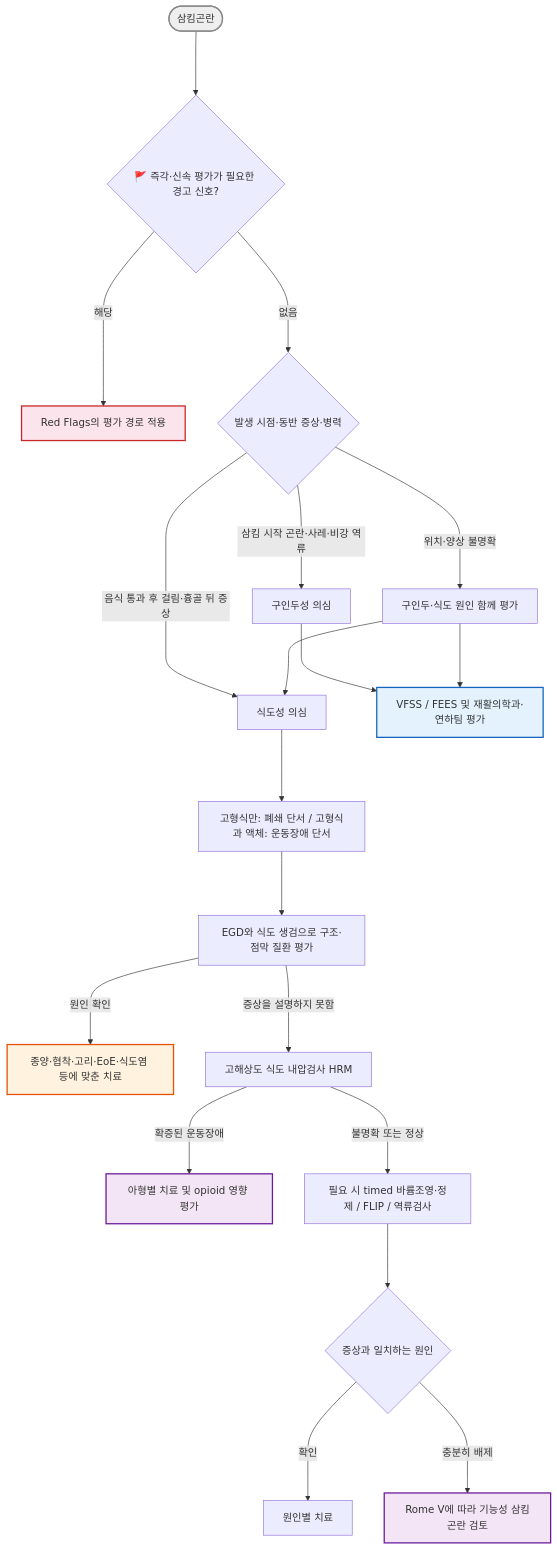
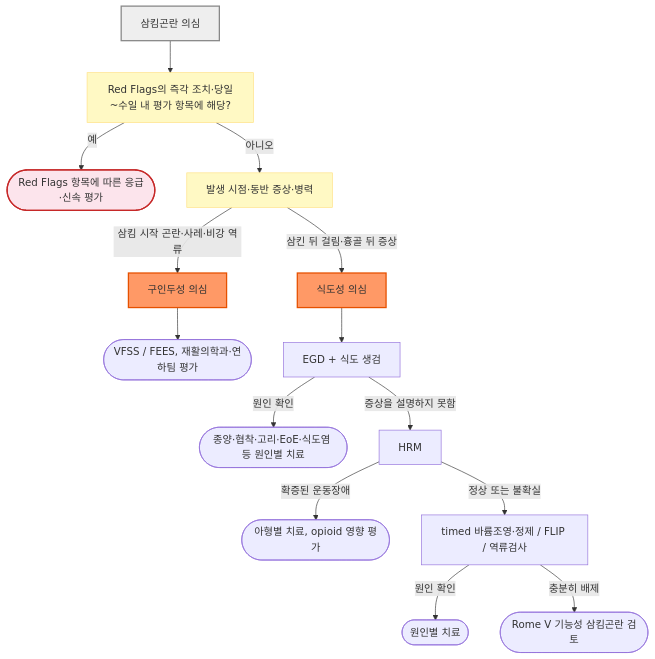
The diagram in 224_/077_-dysphagia.md (familyoh77/familyoh77), drawn with Mermaid before and after one commit. The commit also changed other lines of this file and 1 other file, not shown here.

````diff
--- a/224_/077_-dysphagia.md
+++ b/224_/077_-dysphagia.md
@@ -206,27 +201,23 @@
 ```mermaid
 flowchart TD
-    A([삼킴곤란]) ---> B{🚩 즉각·신속 평가가 필요한 경고 신호?}
-    B --->|해당| C[Red Flags의 평가 경로 적용]
-    B --->|없음| D{발생 시점·동반 증상·병력}
-    D --->|삼킴 시작 곤란·사레·비강 역류| E[구인두성 의심]
-    D --->|음식 통과 후 걸림·흉골 뒤 증상| F[식도성 의심]
-    D --->|위치·양상 불명확| G[구인두·식도 원인 함께 평가]
-    E ---> H[VFSS / FEES 및 재활의학과·연하팀 평가]
-    G ---> H
-    G ---> F
-    F ---> I[고형식만: 폐쇄 단서 / 고형식과 액체: 운동장애 단서]
-    I ---> J[EGD와 식도 생검으로 구조·점막 질환 평가]
-    J --->|원인 확인| K[종양·협착·고리·EoE·식도염 등에 맞춘 치료]
-    J --->|증상을 설명하지 못함| L[고해상도 식도 내압검사 HRM]
-    L --->|확증된 운동장애| M[아형별 치료 및 opioid 영향 평가]
-    L --->|불명확 또는 정상| N[필요 시 timed 바륨조영·정제 / FLIP / 역류검사]
-    N ---> O{증상과 일치하는 원인}
-    O --->|확인| P[원인별 치료]
-    O --->|충분히 배제| Q[Rome V에 따라 기능성 삼킴곤란 검토]
+    A["삼킴곤란 의심"] --> B["Red Flags의 즉각 조치·당일~수일 내 평가 항목에 해당?"]
+    B -- "예" --> C(["Red Flags 항목에 따른 응급·신속 평가"])
+    B -- "아니오" --> D["발생 시점·동반 증상·병력"]
+    D -- "삼킴 시작 곤란·사레·비강 역류" --> E["구인두성 의심"]
+    D -- "삼킨 뒤 걸림·흉골 뒤 증상" --> F["식도성 의심"]
+    E --> H(["VFSS / FEES, 재활의학과·연하팀 평가"])
+    F --> J["EGD + 식도 생검"]
+    J -- "원인 확인" --> K(["종양·협착·고리·EoE·식도염 등 원인별 치료"])
+    J -- "증상을 설명하지 못함" --> L["HRM"]
+    L -- "확증된 운동장애" --> M(["아형별 치료, opioid 영향 평가"])
+    L -- "정상 또는 불확실" --> N["timed 바륨조영·정제 / FLIP / 역류검사"]
+    N -- "원인 확인" --> P(["원인별 치료"])
+    N -- "충분히 배제" --> Q(["Rome V 기능성 삼킴곤란 검토"])
+
+    classDef question fill:#fff9c4,stroke:#ffe082
+    class B,D question
     style A fill:#eeeeee,stroke:#888888,stroke-width:2px
     style C fill:#fce4ec,stroke:#c62828,stroke-width:2px
-    style H fill:#e3f2fd,stroke:#1565c0,stroke-width:2px
-    style K fill:#fff3e0,stroke:#e65100,stroke-width:2px
-    style M fill:#f3e5f5,stroke:#6a1b9a,stroke-width:2px
-    style Q fill:#f3e5f5,stroke:#6a1b9a,stroke-width:2px
+    style E fill:#f96,stroke:#e65100,stroke-width:2px
+    style F fill:#f96,stroke:#e65100,stroke-width:2px
 ```
````
